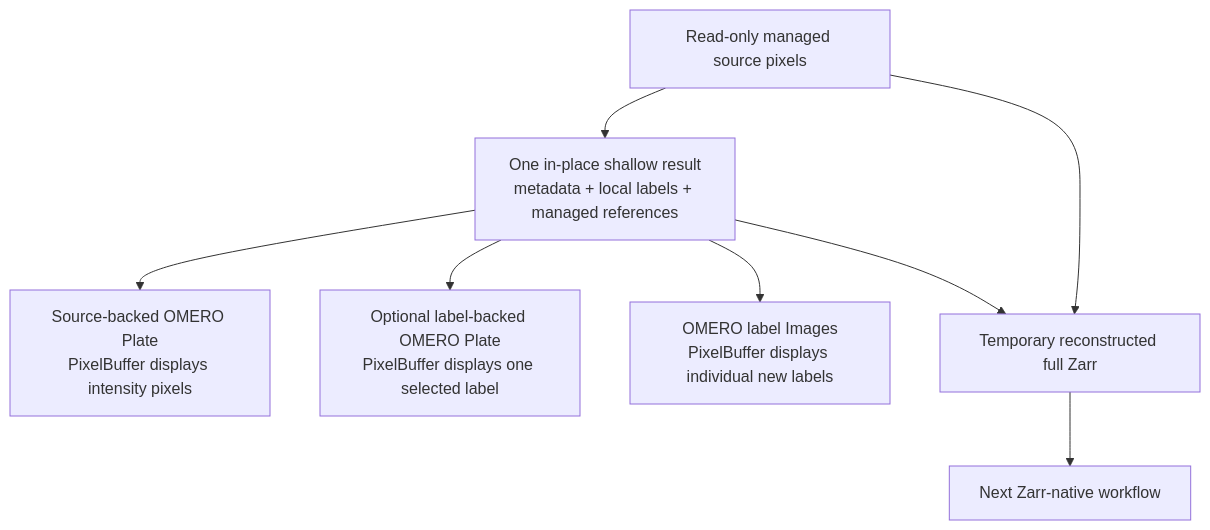
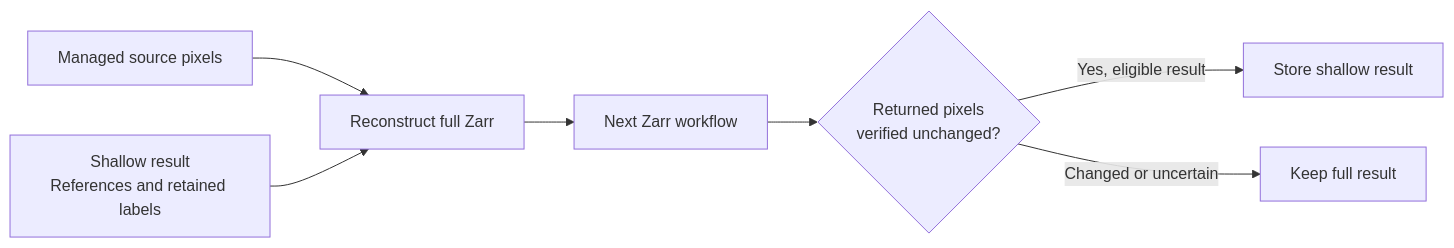
The diagram in docs/developer/biomero-shallow-zarr.md (NL-BioImaging/NL-BIOMERO), drawn with Mermaid before and after one commit. The commit also changed other lines of this file and 11 other files, not shown here.

First line of the commit message:
docs: clarify shallow OME-Zarr benefits and configuration (#34)

````diff
--- a/docs/developer/biomero-shallow-zarr.md
+++ b/docs/developer/biomero-shallow-zarr.md
@@ -30,12 +78,9 @@
 ```{mermaid}
-flowchart TB
-    S[Read-only managed source pixels]
-    R[One in-place shallow result<br/>metadata + local labels + managed references]
-    S --> R
-    R --> P[Source-backed OMERO Plate<br/>PixelBuffer displays intensity pixels]
-    R --> L[Optional label-backed OMERO Plate<br/>PixelBuffer displays one selected label]
-    R --> I[OMERO label Images<br/>PixelBuffer displays individual new labels]
-    S --> F[Temporary reconstructed full Zarr]
-    R --> F
-    F --> W[Next Zarr-native workflow]
+flowchart LR
+    S["Managed source pixels"] --> R["Reconstruct full Zarr"]
+    L["Shallow result<br/>References and retained labels"] --> R
+    R --> W["Next Zarr workflow"]
+    W --> C{"Returned pixels<br/>verified unchanged?"}
+    C -->|Yes, eligible result| N["Store shallow result"]
+    C -->|Changed or uncertain| F["Keep full result"]
 ```
````
